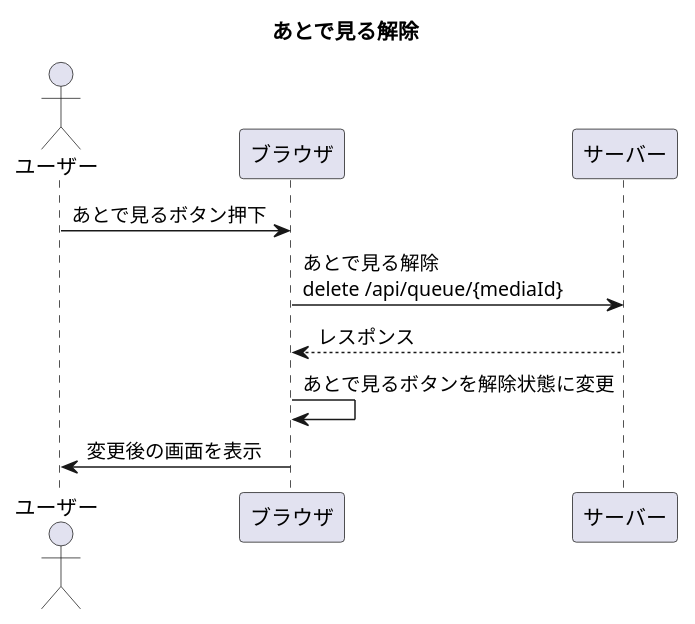
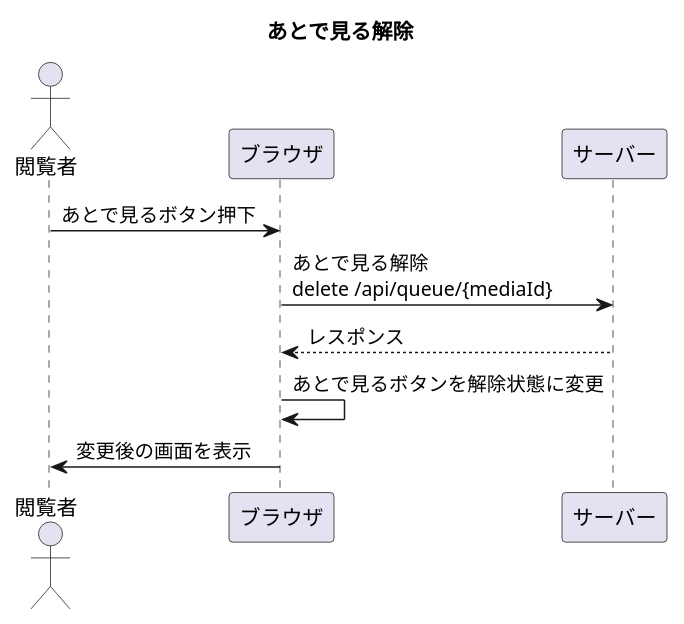
The diagram in doc/6_ui/pages/メディア詳細/sequence/あとで見る解除.puml (hachimitu22/MangaViewer), drawn with PlantUML before and after one commit. The commit also changed 39 other files, not shown here.

```diff
--- a/doc/6_ui/pages/メディア詳細/sequence/あとで見る解除.puml
+++ b/doc/6_ui/pages/メディア詳細/sequence/あとで見る解除.puml
@@ -1,15 +1,15 @@
 @startuml
 
 title あとで見る解除
 
-actor ユーザー
+actor 閲覧者
 participant ブラウザ
 participant サーバー
 
-ユーザー -> ブラウザ: あとで見るボタン押下
+閲覧者 -> ブラウザ: あとで見るボタン押下
 ブラウザ -> サーバー: あとで見る解除\ndelete /api/queue/{mediaId}
 ブラウザ <-- サーバー: レスポンス
 ブラウザ -> ブラウザ: あとで見るボタンを解除状態に変更
-ユーザー <- ブラウザ: 変更後の画面を表示
+閲覧者 <- ブラウザ: 変更後の画面を表示
 
 @enduml
```
